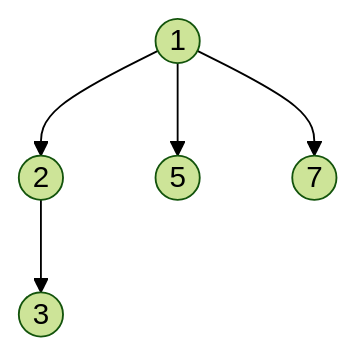
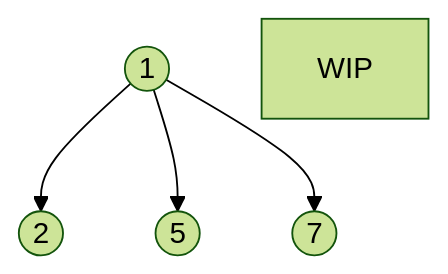
Before and after one commit to LeonStoldt/discreteMathematics: diagram 14 of 14 in README.md, drawn with Mermaid (forest theme). The commit also changed other lines of this file, not shown here.

````diff
--- a/README.md
+++ b/README.md
@@ -242,7 +242,7 @@
 ```mermaid
 graph TD
 1((1)) --> 2((2))
 1 --> 5((5))
 1 --> 7((7))
-2((2)) --> 3((3))
+WIP
 ```
````
